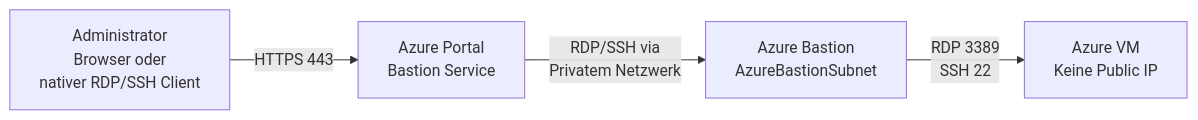
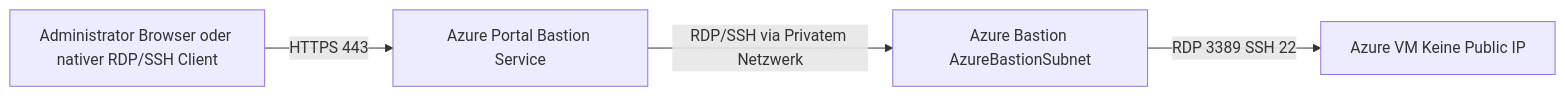
Before and after one commit to SoniiiT/notes-n-docs: the first of 2 diagrams in Microsoft 365/Azure/Netzwerk/Azure Bastion.md, drawn with Mermaid. The commit also changed other lines of this file and 124 other files, not shown here.

First line of the commit message:
fix: Entferne \n aus allen Mermaid-Diagrammen (125 Dateien)

````diff
--- a/Microsoft 365/Azure/Netzwerk/Azure Bastion.md
+++ b/Microsoft 365/Azure/Netzwerk/Azure Bastion.md
@@ -30,6 +30,6 @@
 ```mermaid
 graph LR
-    USER[Administrator\nBrowser oder\nnativer RDP/SSH Client] -->|HTTPS 443| PORTAL[Azure Portal\nBastion Service]
-    PORTAL -->|RDP/SSH via\nPrivatem Netzwerk| BASTION[Azure Bastion\nAzureBastionSubnet]
-    BASTION -->|RDP 3389\nSSH 22| VM[Azure VM\nKeine Public IP]
+    USER[Administrator Browser oder nativer RDP/SSH Client] -->|HTTPS 443| PORTAL[Azure Portal Bastion Service]
+    PORTAL -->|RDP/SSH via Privatem Netzwerk| BASTION[Azure Bastion AzureBastionSubnet]
+    BASTION -->|RDP 3389 SSH 22| VM[Azure VM Keine Public IP]
 ```
````
